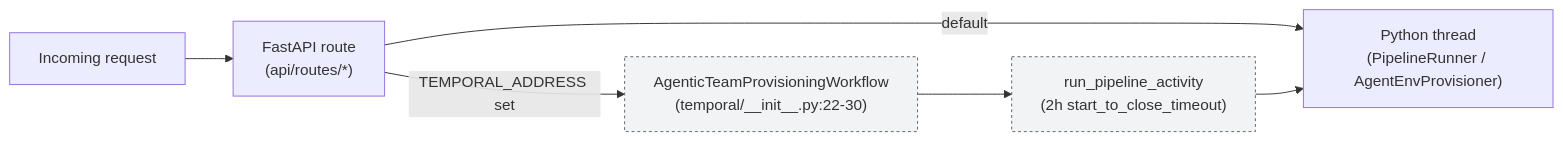
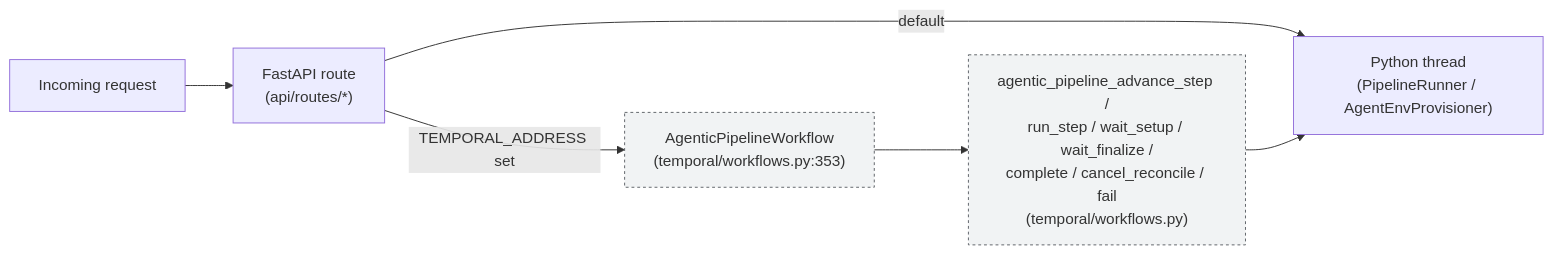
Before and after one commit to brandonkindred/Khala-Agentic-AI-Teams: the third of 3 diagrams in backend/agents/agent_team_studio/agentic_team_provisioning/system_design/architecture.md, drawn with Mermaid. The commit also changed other lines of this file and 5 other files, not shown here.

````diff
--- a/backend/agents/agent_team_studio/agentic_team_provisioning/system_design/architecture.md
+++ b/backend/agents/agent_team_studio/agentic_team_provisioning/system_design/architecture.md
@@ -188,11 +188,11 @@
 ```mermaid
 flowchart LR
     Req["Incoming request"] --> Route["FastAPI route<br/>(api/routes/*)"]
     Route -->|default| Thread["Python thread<br/>(PipelineRunner / AgentEnvProvisioner)"]
-    Route -->|TEMPORAL_ADDRESS set| Workflow["AgenticTeamProvisioningWorkflow<br/>(temporal/__init__.py:22-30)"]
-    Workflow --> Activity["run_pipeline_activity<br/>(2h start_to_close_timeout)"]
+    Route -->|TEMPORAL_ADDRESS set| Workflow["AgenticPipelineWorkflow<br/>(temporal/workflows.py:353)"]
+    Workflow --> Activity["agentic_pipeline_advance_step /<br/>run_step / wait_setup / wait_finalize /<br/>complete / cancel_reconcile / fail<br/>(temporal/workflows.py)"]
     Activity --> Thread
 
     classDef external fill:#f1f3f4,stroke:#5f6368,stroke-dasharray: 3 3
     class Workflow,Activity external
 ```
````
